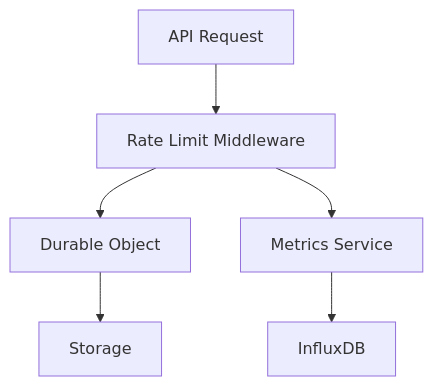
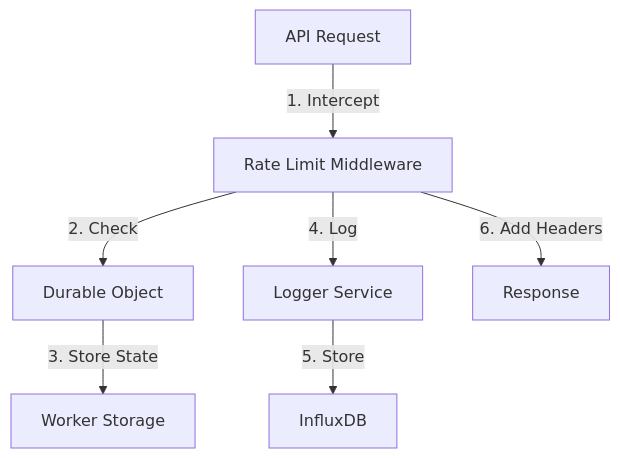
Before and after one commit to veilands/cf-learn: the diagram in docs/rate-limiting.md, drawn with Mermaid. The commit also changed other lines of this file and 39 other files, not shown here.

````diff
--- a/docs/rate-limiting.md
+++ b/docs/rate-limiting.md
@@ -7,8 +9,9 @@
 ```mermaid
 graph TD
-    A[API Request] --> B[Rate Limit Middleware]
-    B --> C[Durable Object]
-    C --> D[Storage]
-    B --> E[Metrics Service]
-    E --> F[InfluxDB]
+    A[API Request] -->|1. Intercept| B[Rate Limit Middleware]
+    B -->|2. Check| C[Durable Object]
+    C -->|3. Store State| D[Worker Storage]
+    B -->|4. Log| E[Logger Service]
+    E -->|5. Store| F[InfluxDB]
+    B -->|6. Add Headers| G[Response]
 ```
````
